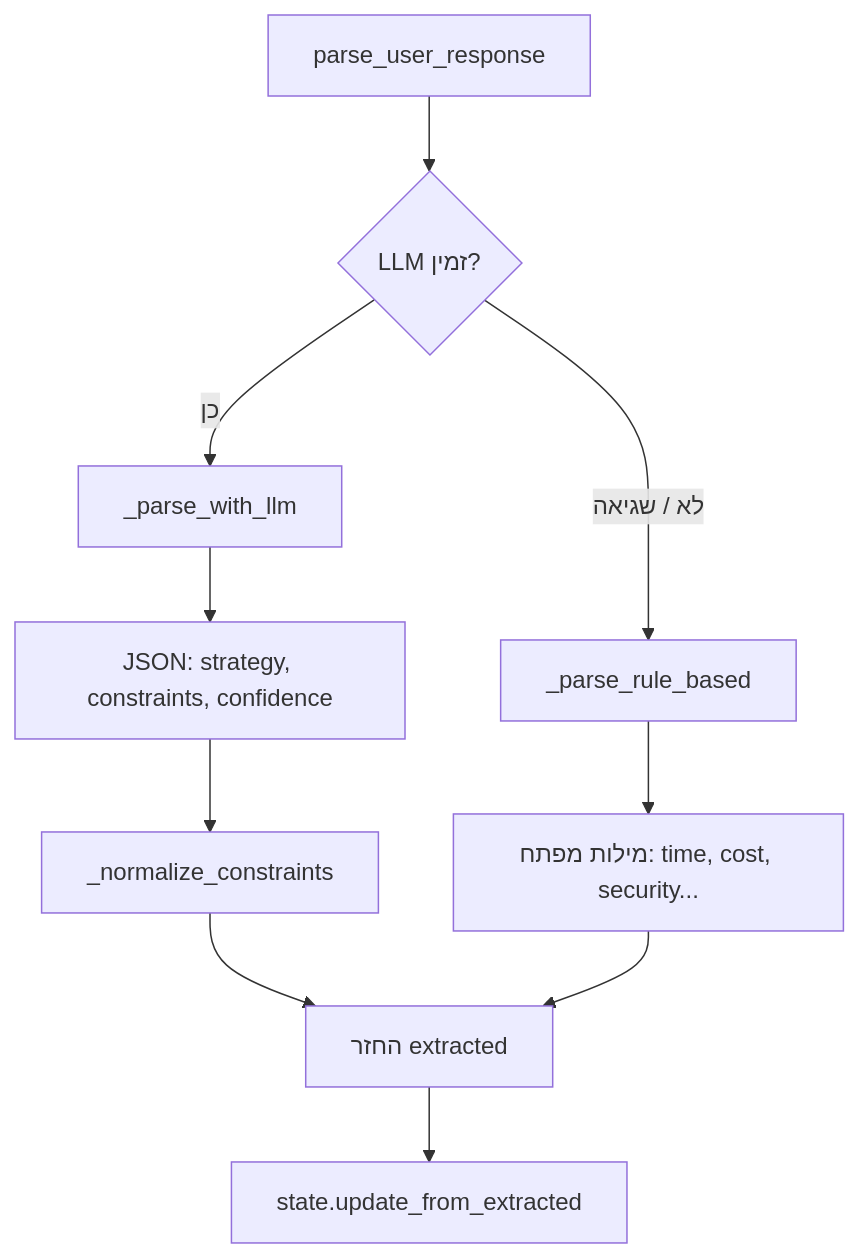
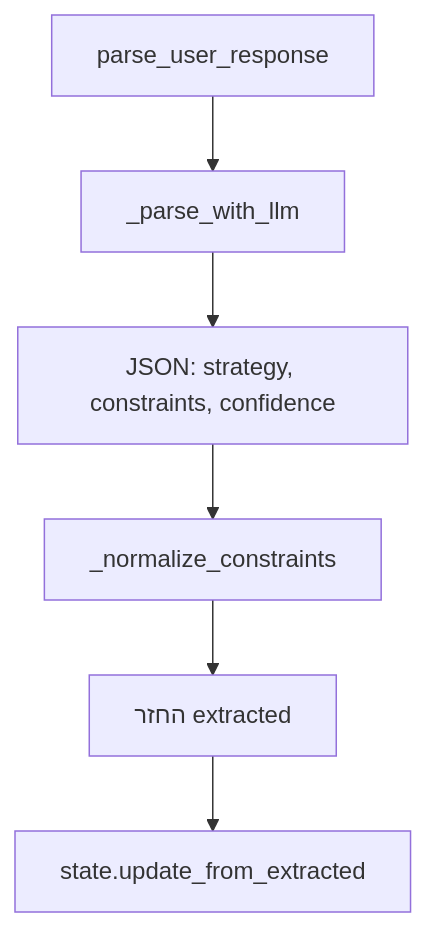
The sixth of 9 diagrams in docs/FLOW_DIAGRAM.md (Sara-Ayash/CloudMigrationSimulationAgent), drawn with Mermaid before and after one commit. The commit also changed other lines of this file and 2 other files, not shown here.

Commit message:
Update README and documentation to reflect GUI-only operation, enhance usage examples, and clarify API key requirements. Improve flow diagrams to illustrate simulation processes and evaluation feedback animations.

````diff
--- a/docs/FLOW_DIAGRAM.md
+++ b/docs/FLOW_DIAGRAM.md
@@ -125,12 +128,8 @@
 ```mermaid
 flowchart TD
-    A[parse_user_response] --> B{LLM זמין?}
-    B -->|כן| C[_parse_with_llm]
-    C --> D[JSON: strategy, constraints, confidence]
-    D --> E[_normalize_constraints]
-    E --> F[החזר extracted]
-    B -->|לא / שגיאה| G[_parse_rule_based]
-    G --> H[מילות מפתח: time, cost, security...]
-    H --> F
-    F --> I[state.update_from_extracted]
+    A[parse_user_response] --> B[_parse_with_llm]
+    B --> C[JSON: strategy, constraints, confidence]
+    C --> D[_normalize_constraints]
+    D --> E[החזר extracted]
+    E --> F[state.update_from_extracted]
 ```
````
